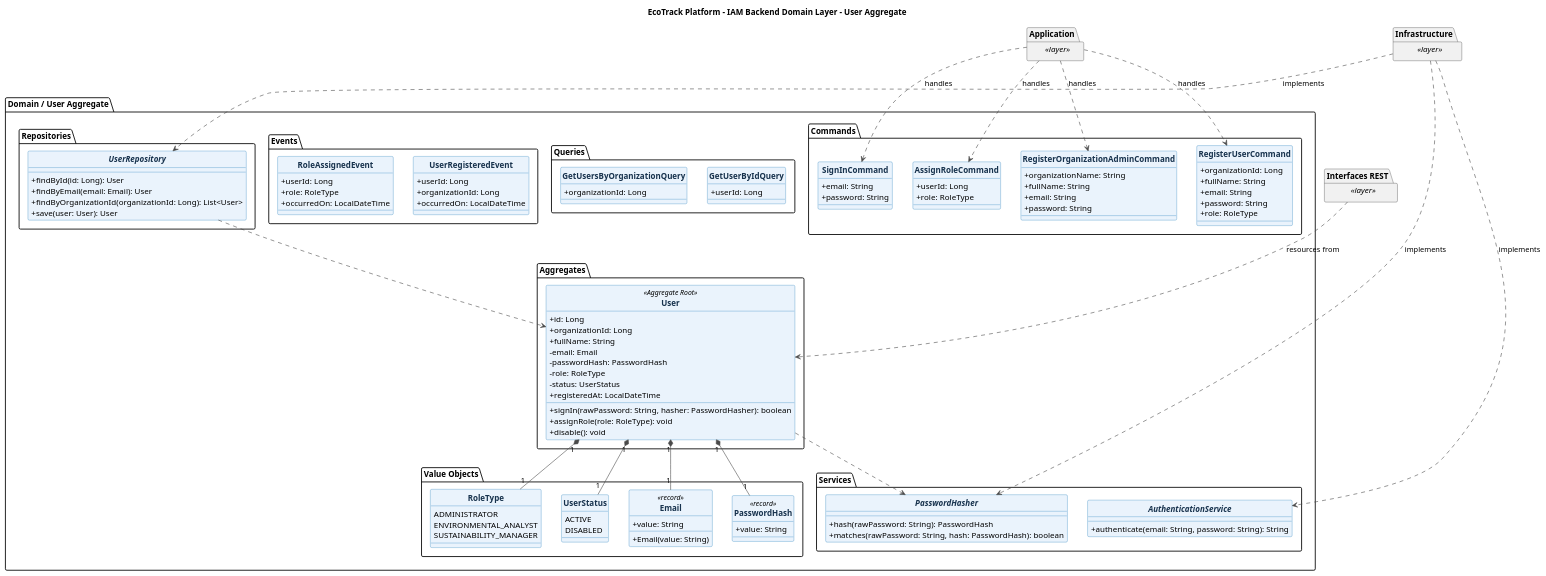
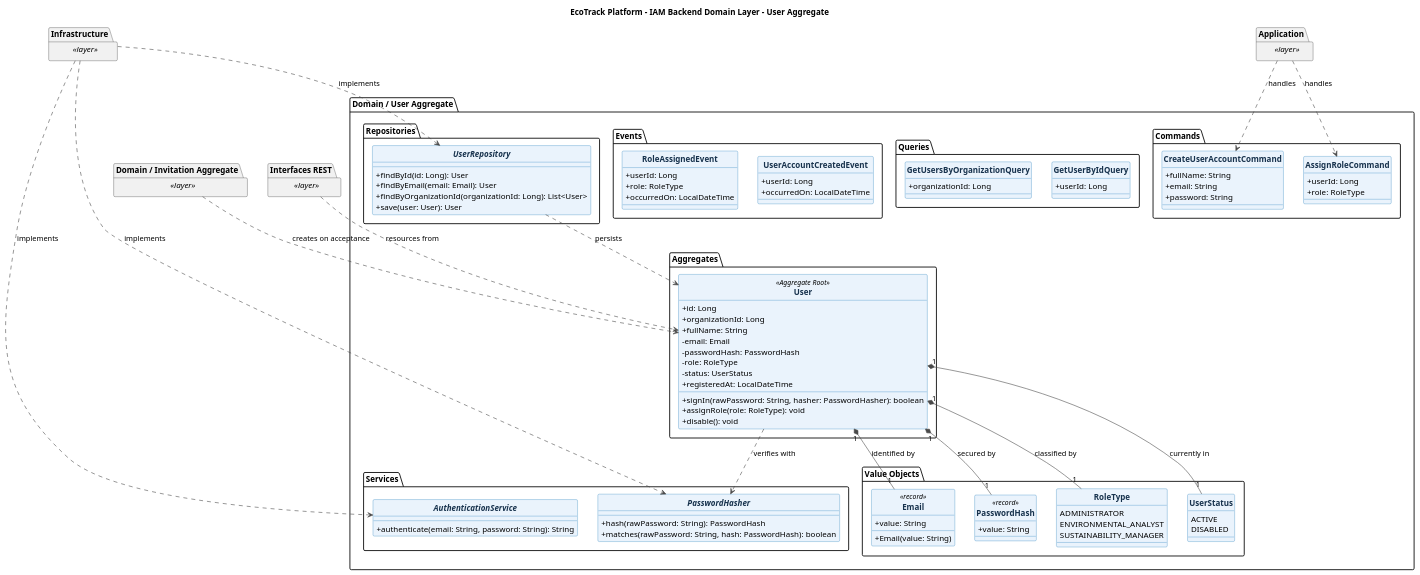
The diagram in docs/diagrams/class/backend/ecotrack-iam-backend-domain-user-aggregate-class-diagram.puml (Horizon-OpenSource/report), drawn with PlantUML before and after one commit. The commit also changed 148 other files, not shown here.

Commit message:
docs: add class diagrams for all bounded contexts and update database diagram

```diff
--- a/docs/diagrams/class/backend/ecotrack-iam-backend-domain-user-aggregate-class-diagram.puml
+++ b/docs/diagrams/class/backend/ecotrack-iam-backend-domain-user-aggregate-class-diagram.puml
@@ -1,146 +1,134 @@
 @startuml
 title EcoTrack Platform - IAM Backend Domain Layer - User Aggregate
 skinparam backgroundColor #FFFFFF
 skinparam shadowing false
 skinparam classAttributeIconSize 0
 skinparam classFontStyle bold
 skinparam class {
   BackgroundColor #EAF3FC
   BorderColor #0B6FB3
   ArrowColor #4A4A4A
   FontColor #17324D
 }
 skinparam enum {
   BackgroundColor #FDF3E3
   BorderColor #C9832B
   FontColor #5A3E12
 }
 hide circle
 
 package "Domain / User Aggregate" {
 
   package "Aggregates" {
     class User <<Aggregate Root>> {
       +id: Long
       +organizationId: Long
       +fullName: String
       -email: Email
       -passwordHash: PasswordHash
       -role: RoleType
       -status: UserStatus
       +registeredAt: LocalDateTime
       +signIn(rawPassword: String, hasher: PasswordHasher): boolean
       +assignRole(role: RoleType): void
       +disable(): void
     }
   }
 
   package "Value Objects" {
     class Email <<record>> {
       +value: String
       +Email(value: String)
     }
     class PasswordHash <<record>> {
       +value: String
     }
     enum RoleType {
       ADMINISTRATOR
       ENVIRONMENTAL_ANALYST
       SUSTAINABILITY_MANAGER
     }
     enum UserStatus {
       ACTIVE
       DISABLED
     }
   }
 
   package "Commands" {
-    class RegisterOrganizationAdminCommand {
-      +organizationName: String
+    class CreateUserAccountCommand {
       +fullName: String
-      +email: String
-      +password: String
-    }
-    class RegisterUserCommand {
-      +organizationId: Long
-      +fullName: String
-      +email: String
-      +password: String
-      +role: RoleType
-    }
-    class SignInCommand {
       +email: String
       +password: String
     }
     class AssignRoleCommand {
       +userId: Long
       +role: RoleType
     }
   }
 
   package "Queries" {
     class GetUserByIdQuery {
       +userId: Long
     }
     class GetUsersByOrganizationQuery {
       +organizationId: Long
     }
   }
 
   package "Events" {
-    class UserRegisteredEvent {
+    class UserAccountCreatedEvent {
       +userId: Long
-      +organizationId: Long
       +occurredOn: LocalDateTime
     }
     class RoleAssignedEvent {
       +userId: Long
       +role: RoleType
       +occurredOn: LocalDateTime
     }
   }
 
   package "Services" {
     interface PasswordHasher {
       +hash(rawPassword: String): PasswordHash
       +matches(rawPassword: String, hash: PasswordHash): boolean
     }
     interface AuthenticationService {
       +authenticate(email: String, password: String): String
     }
   }
 
   package "Repositories" {
     interface UserRepository {
       +findById(id: Long): User
       +findByEmail(email: Email): User
       +findByOrganizationId(organizationId: Long): List<User>
       +save(user: User): User
     }
   }
 
-  User "1" *-- "1" Email
-  User "1" *-- "1" PasswordHash
-  User "1" *-- "1" RoleType
-  User "1" *-- "1" UserStatus
-  User ..> PasswordHasher
-  UserRepository ..> User
+  User "1" *-- "1" Email : identified by
+  User "1" *-- "1" PasswordHash : secured by
+  User "1" *-- "1" RoleType : classified by
+  User "1" *-- "1" UserStatus : currently in
+  User ..> PasswordHasher : verifies with
+  UserRepository ..> User : persists
 }
 
 package "Interfaces REST" as Backend_iam_Interfaces_REST <<layer>> {
 }
 package "Application" as Backend_iam_Application <<layer>> {
 }
 package "Infrastructure" as Backend_iam_Infrastructure <<layer>> {
 }
+package "Domain / Invitation Aggregate" as Backend_iam_Invitation <<layer>> {
+}
 
 Backend_iam_Interfaces_REST ..> User : resources from
-Backend_iam_Application ..> RegisterOrganizationAdminCommand : handles
-Backend_iam_Application ..> RegisterUserCommand : handles
-Backend_iam_Application ..> SignInCommand : handles
+Backend_iam_Application ..> CreateUserAccountCommand : handles
 Backend_iam_Application ..> AssignRoleCommand : handles
 Backend_iam_Infrastructure ..> UserRepository : implements
 Backend_iam_Infrastructure ..> PasswordHasher : implements
 Backend_iam_Infrastructure ..> AuthenticationService : implements
+Backend_iam_Invitation ..> User : creates on acceptance
 
 @enduml
```
